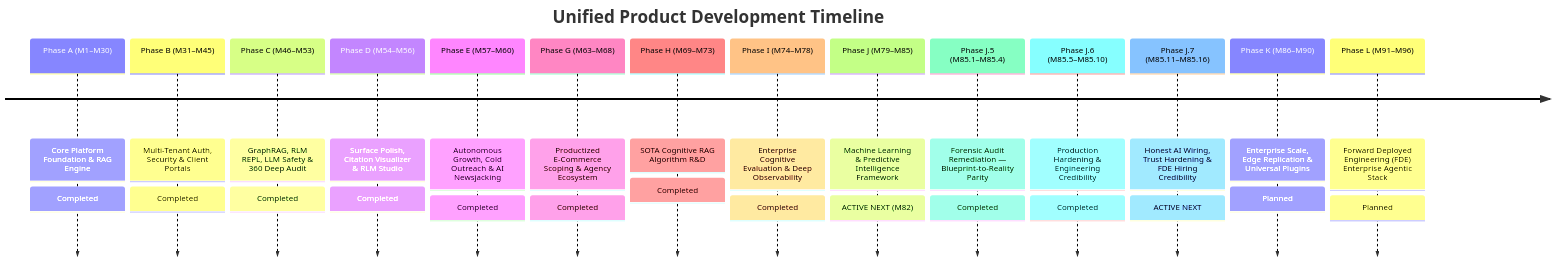
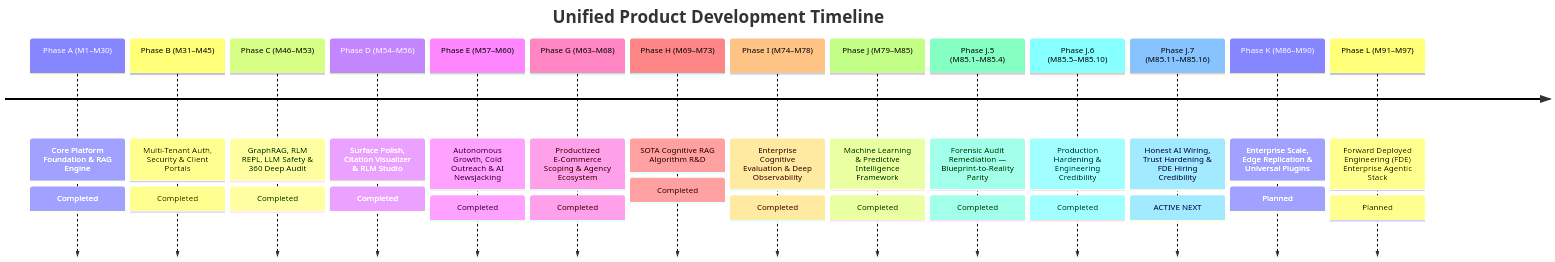
One commit to prat3010/Prateek_website changed the diagram in docs/UNIFIED_MASTER_ROADMAP.md. Above: the diagram before and after it, drawn with Mermaid. The commit also changed other lines of this file, not shown here.

Commit message:
docs(roadmap): append Milestone 97 Autonomous FDE Metaprogrammer & Self-Extending Capability Studio

````diff
--- a/docs/UNIFIED_MASTER_ROADMAP.md
+++ b/docs/UNIFIED_MASTER_ROADMAP.md
@@ -45,18 +45,18 @@
 ```mermaid
 timeline
     title Unified Product Development Timeline
     Phase A (M1–M30) : Core Platform Foundation & RAG Engine : Completed
     Phase B (M31–M45) : Multi-Tenant Auth, Security & Client Portals : Completed
     Phase C (M46–M53) : GraphRAG, RLM REPL, LLM Safety & 360 Deep Audit : Completed
     Phase D (M54–M56) : Surface Polish, Citation Visualizer & RLM Studio : Completed
     Phase E (M57–M60) : Autonomous Growth, Cold Outreach & AI Newsjacking : Completed
     Phase G (M63–M68) : Productized E-Commerce Scoping & Agency Ecosystem : Completed
     Phase H (M69–M73) : SOTA Cognitive RAG Algorithm R&D : Completed
     Phase I (M74–M78) : Enterprise Cognitive Evaluation & Deep Observability : Completed
-    Phase J (M79–M85) : Machine Learning & Predictive Intelligence Framework : ACTIVE NEXT (M82)
+    Phase J (M79–M85) : Machine Learning & Predictive Intelligence Framework : Completed
     Phase J.5 (M85.1–M85.4) : Forensic Audit Remediation — Blueprint-to-Reality Parity : Completed
     Phase J.6 (M85.5–M85.10) : Production Hardening & Engineering Credibility : Completed
     Phase J.7 (M85.11–M85.16) : Honest AI Wiring, Trust Hardening & FDE Hiring Credibility : ACTIVE NEXT
     Phase K (M86–M90) : Enterprise Scale, Edge Replication & Universal Plugins : Planned
-    Phase L (M91–M96) : Forward Deployed Engineering (FDE) Enterprise Agentic Stack : Planned
+    Phase L (M91–M97) : Forward Deployed Engineering (FDE) Enterprise Agentic Stack : Planned
 ```
````
